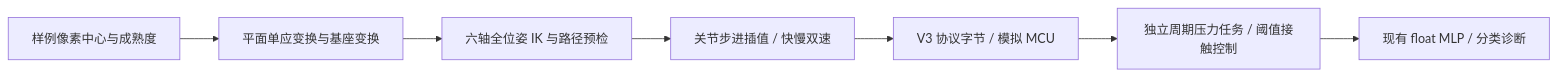
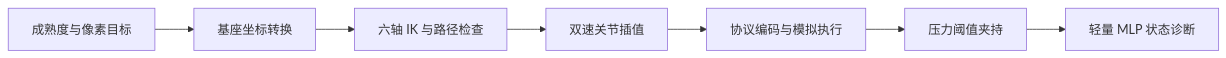
Before and after one commit to zxy2016567076/strawberry_grasp: the diagram in README.md, drawn with Mermaid. The commit also changed other lines of this file and 13 other files, not shown here.

````diff
--- a/README.md
+++ b/README.md
@@ -35,9 +36,9 @@
 ```mermaid
 flowchart LR
-    A[样例像素中心与成熟度] --> B[平面单应变换与基座变换]
-    B --> C[六轴全位姿 IK 与路径预检]
-    C --> D[关节步进插值 / 快慢双速]
-    D --> E[V3 协议字节 / 模拟 MCU]
-    E --> F[独立周期压力任务 / 阈值接触控制]
-    F --> G[现有 float MLP / 分类诊断]
+    A[成熟度与像素目标] --> B[基座坐标转换]
+    B --> C[六轴 IK 与路径检查]
+    C --> D[双速关节插值]
+    D --> E[协议编码与模拟执行]
+    E --> F[压力阈值夹持]
+    F --> G[轻量 MLP 状态诊断]
 ```
````
